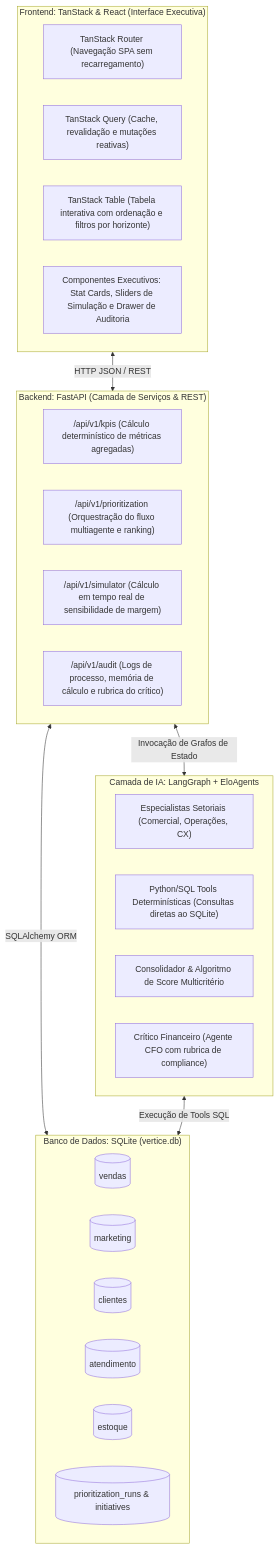
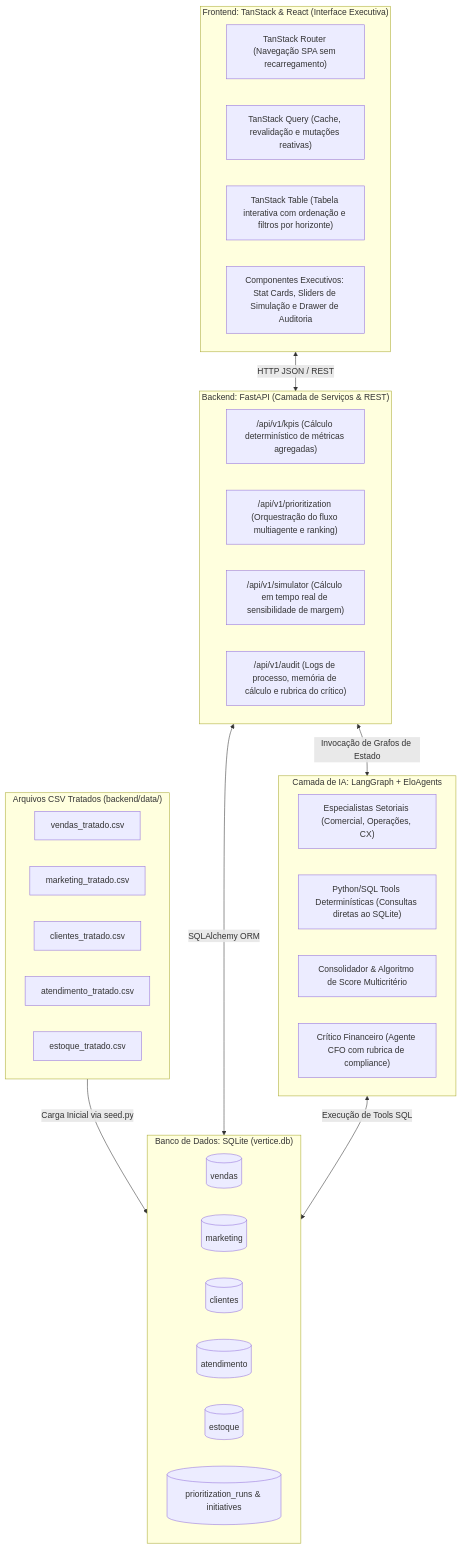
Before and after one commit to carlos-e-araujo/priorizador-de-margem: the third of 6 diagrams in docs/04_ideia.md, drawn with Mermaid. The commit also changed other lines of this file, not shown here.

Commit message:
Update Módulo C documentation and database schema to reflect changes in data handling and structure

````diff
--- a/docs/04_ideia.md
+++ b/docs/04_ideia.md
@@ -109,37 +111,46 @@
 ```mermaid
 flowchart TD
     subgraph Frontend["Frontend: TanStack & React (Interface Executiva)"]
         UI1["TanStack Router (Navegação SPA sem recarregamento)"]
         UI2["TanStack Query (Cache, revalidação e mutações reativas)"]
         UI3["TanStack Table (Tabela interativa com ordenação e filtros por horizonte)"]
         UI4["Componentes Executivos: Stat Cards, Sliders de Simulação e Drawer de Auditoria"]
     end
 
     subgraph Backend["Backend: FastAPI (Camada de Serviços & REST)"]
         API1["/api/v1/kpis (Cálculo determinístico de métricas agregadas)"]
         API2["/api/v1/prioritization (Orquestração do fluxo multiagente e ranking)"]
         API3["/api/v1/simulator (Cálculo em tempo real de sensibilidade de margem)"]
         API4["/api/v1/audit (Logs de processo, memória de cálculo e rubrica do crítico)"]
     end
 
     subgraph Intelligence["Camada de IA: LangGraph + EloAgents"]
         AG1["Especialistas Setoriais (Comercial, Operações, CX)"]
         AG2["Python/SQL Tools Determinísticas (Consultas diretas ao SQLite)"]
         AG3["Consolidador & Algoritmo de Score Multicritério"]
         AG4["Crítico Financeiro (Agente CFO com rubrica de compliance)"]
     end
 
     subgraph Storage["Banco de Dados: SQLite (vertice.db)"]
         DB1[("vendas")]
         DB2[("marketing")]
         DB3[("clientes")]
         DB4[("atendimento")]
         DB5[("estoque")]
         DB6[("prioritization_runs & initiatives")]
     end
 
+    subgraph CSVs["Arquivos CSV Tratados (backend/data/)"]
+        CSV1["vendas_tratado.csv"]
+        CSV2["marketing_tratado.csv"]
+        CSV3["clientes_tratado.csv"]
+        CSV4["atendimento_tratado.csv"]
+        CSV5["estoque_tratado.csv"]
+    end
+
+    CSVs -->|Carga Inicial via seed.py| Storage
     Frontend <-->|HTTP JSON / REST| Backend
     Backend <-->|SQLAlchemy ORM| Storage
     Backend <-->|Invocação de Grafos de Estado| Intelligence
     Intelligence <-->|Execução de Tools SQL| Storage
 ```
````
